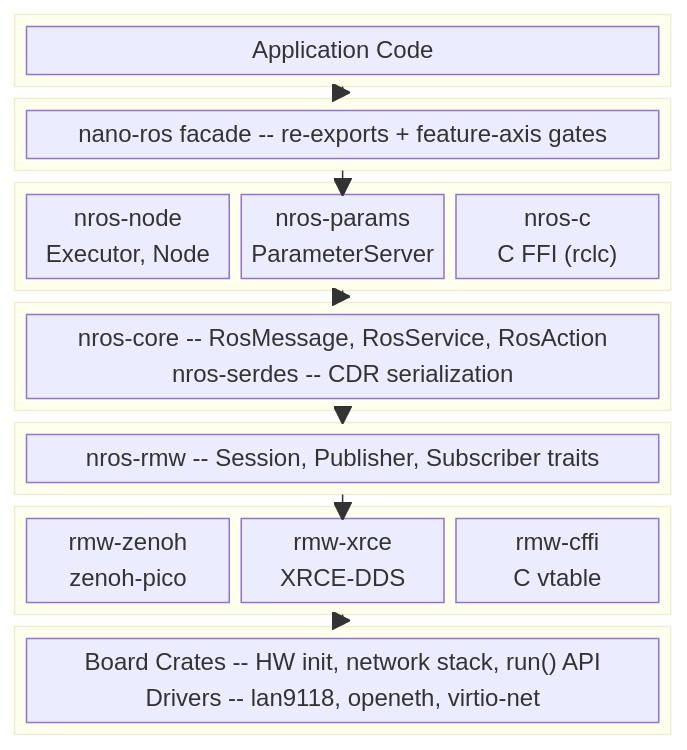
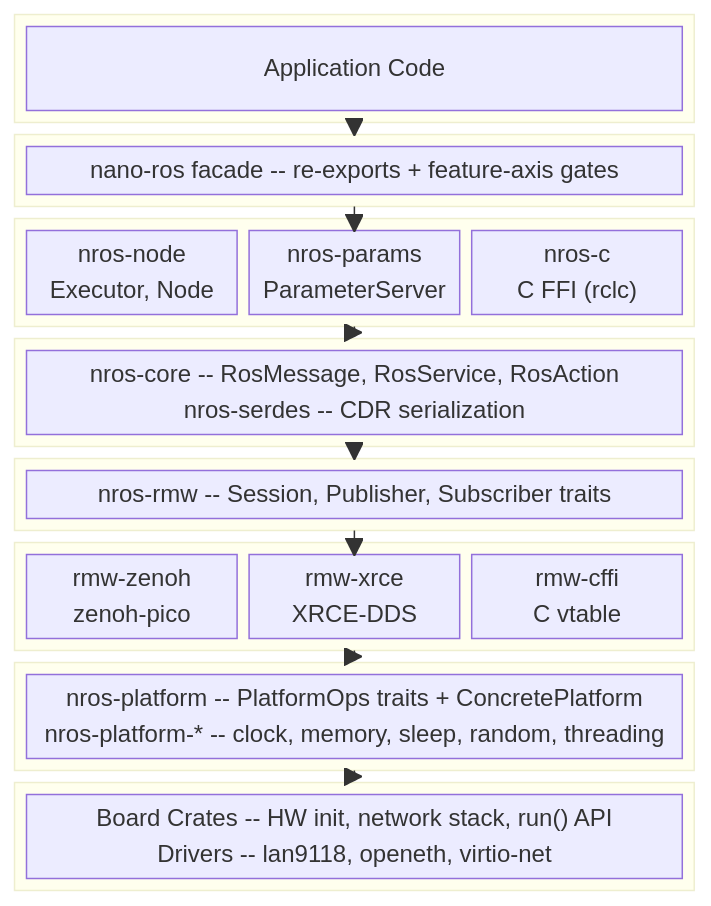
Before and after one commit to NEWSLabNTU/nano-ros: diagram 15 of 15 in book/src/concepts/architecture.md, drawn with Mermaid. The commit also changed other lines of this file and 1 other file, not shown here.

Commit message:
Fix architecture diagrams and platform feature propagation docs
- Add missing BOARD→NPLAT and BOARD→ZPSHIM edges in crate dependency graph
- Add nros-threadx-linux to supported boards table
- Add nros-mps2-an385-freertos and nros-esp32-qemu to board crate list
- Insert platform layer row in summary diagram
- Rewrite feature propagation section to explain bare-metal vs RTOS paths
- Fix "inside zpico-sys" → "consumed by zpico-sys" for zpico-platform-shim

````diff
--- a/book/src/concepts/architecture.md
+++ b/book/src/concepts/architecture.md
@@ -661,43 +664,48 @@
 ```mermaid
 block-beta
   columns 3
 
   block:row1:3
     A1["Application Code"]
   end
 
   block:row2:3
     B1["nano-ros facade -- re-exports + feature-axis gates"]
   end
 
   block:row3:3
     C1["nros-node\nExecutor, Node"]
     C2["nros-params\nParameterServer"]
     C3["nros-c\nC FFI (rclc)"]
   end
 
   block:row4:3
     D1["nros-core -- RosMessage, RosService, RosAction\nnros-serdes -- CDR serialization"]
   end
 
   block:row5:3
     E1["nros-rmw -- Session, Publisher, Subscriber traits"]
   end
 
   block:row6:3
     F1["rmw-zenoh\nzenoh-pico"]
     F2["rmw-xrce\nXRCE-DDS"]
     F3["rmw-cffi\nC vtable"]
   end
 
   block:row7:3
-    G1["Board Crates -- HW init, network stack, run() API\nDrivers -- lan9118, openeth, virtio-net"]
+    G1["nros-platform -- PlatformOps traits + ConcretePlatform\nnros-platform-* -- clock, memory, sleep, random, threading"]
+  end
+
+  block:row8:3
+    H1["Board Crates -- HW init, network stack, run() API\nDrivers -- lan9118, openeth, virtio-net"]
   end
 
   row1 --> row2
   row2 --> row3
   row3 --> row4
   row4 --> row5
   row5 --> row6
   row6 --> row7
+  row7 --> row8
 ```
````
